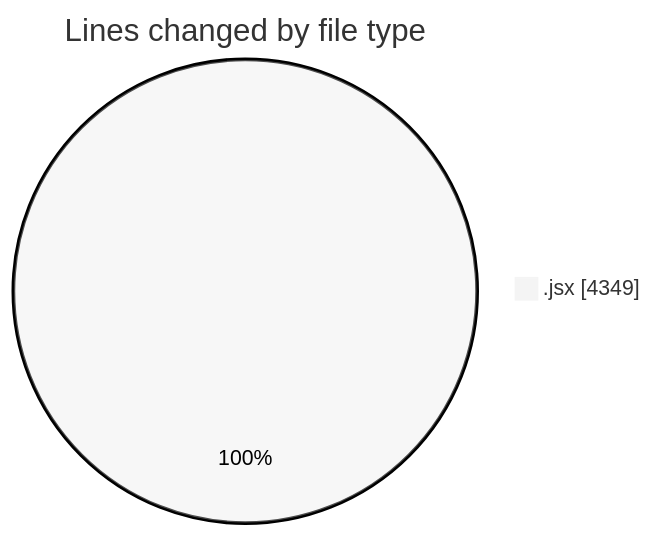
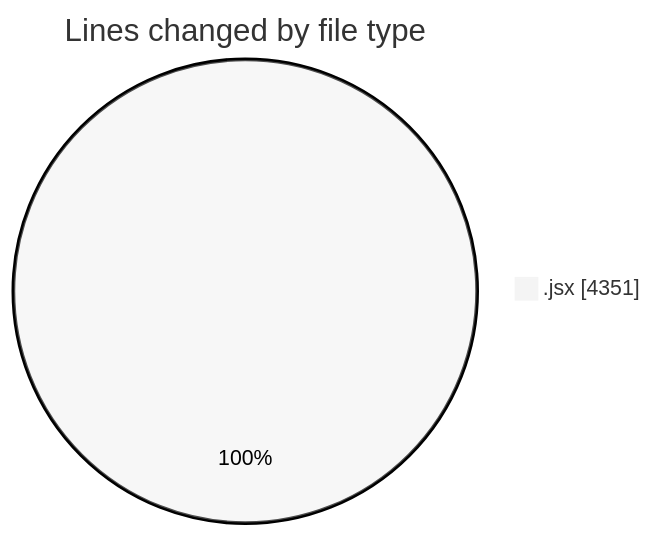
Before and after one commit to nxtqubesakshisongat/code-tracking: the first of 2 diagrams in 2026-01-06/nxtqube_webapp/README.md, drawn with Mermaid (neutral theme). The commit also changed other lines of this file and 1 other file, not shown here.

````diff
--- a/2026-01-06/nxtqube_webapp/README.md
+++ b/2026-01-06/nxtqube_webapp/README.md
@@ -21,5 +21,5 @@
 ```mermaid
 pie showData
 title Lines changed by file type
-".jsx" : 4349
+".jsx" : 4351
 ```
````
